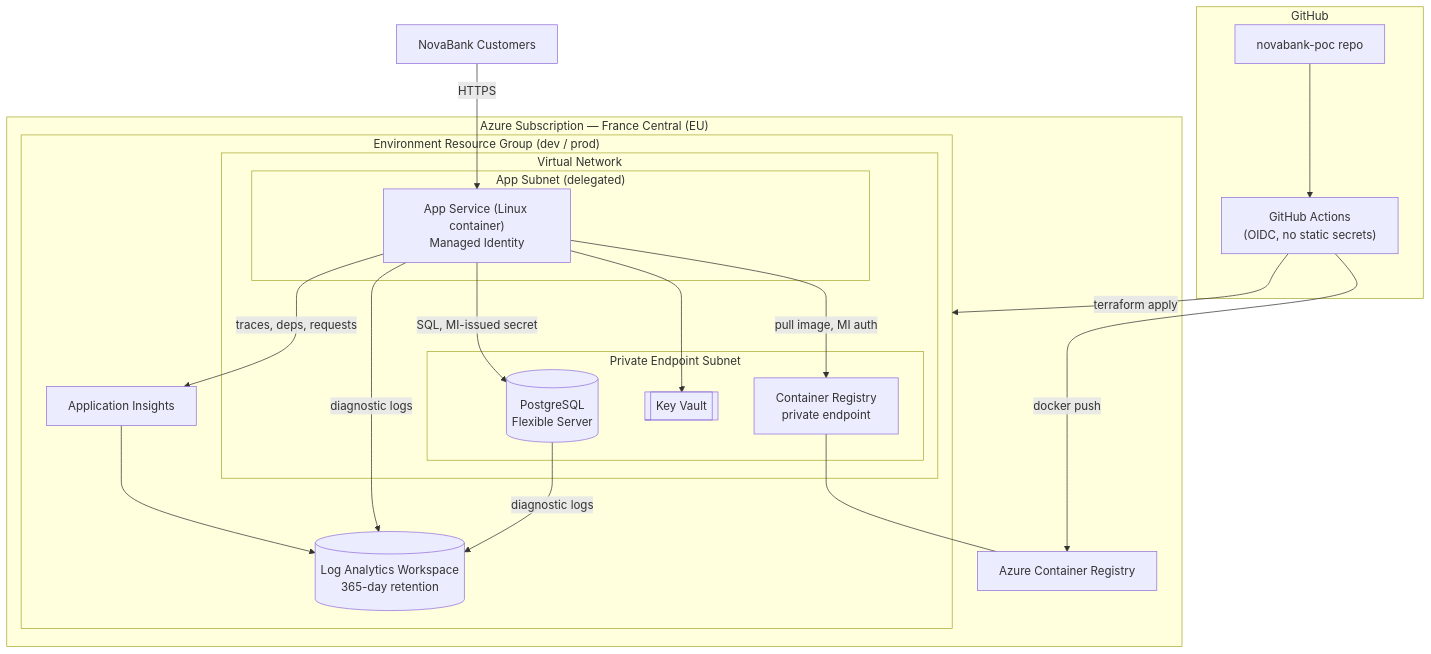
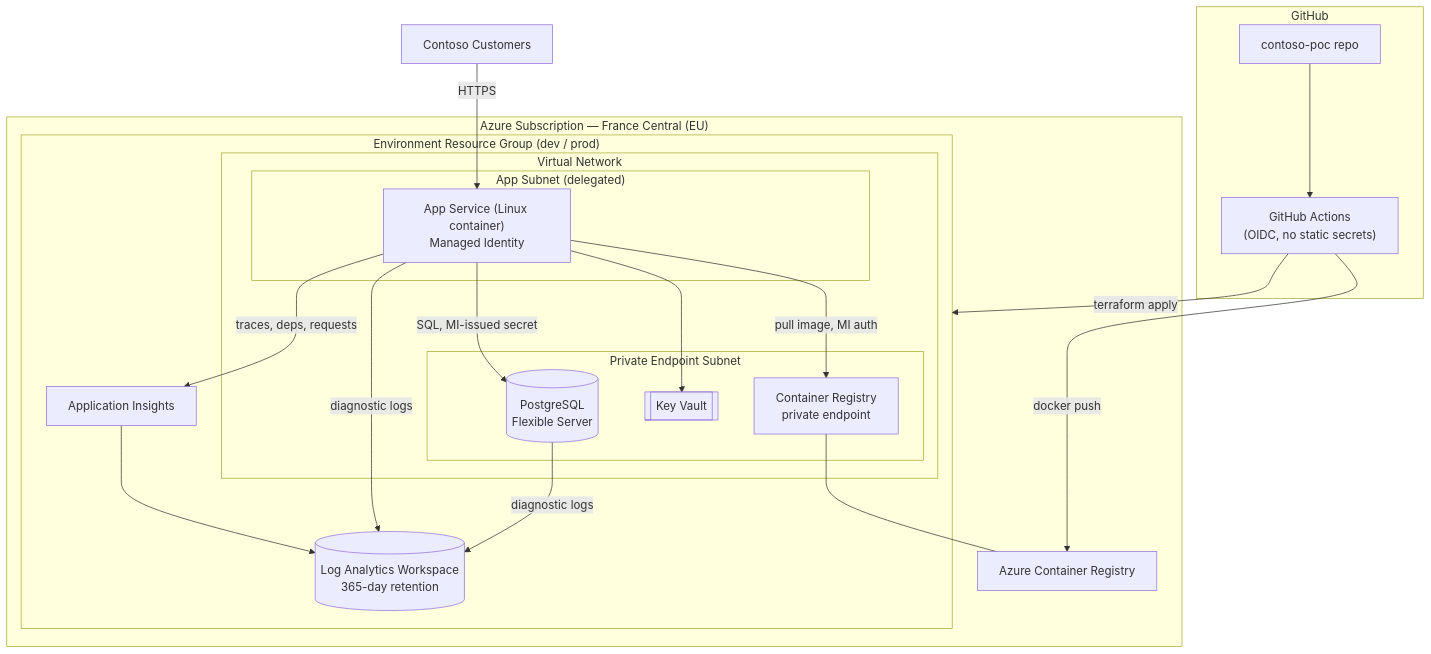
Before and after one commit to MetehanBolat/contoso-poc: the diagram in README.md, drawn with Mermaid. The commit also changed other lines of this file and 32 other files, not shown here.

````diff
--- a/README.md
+++ b/README.md
@@ -13,36 +13,36 @@
 ```mermaid
 flowchart TB
     subgraph GH["GitHub"]
-        REPO[novabank-poc repo]
+        REPO[contoso-poc repo]
         CI["GitHub Actions\n(OIDC, no static secrets)"]
     end
 
     subgraph AZ["Azure Subscription — France Central (EU)"]
         subgraph RG["Environment Resource Group (dev / prod)"]
             subgraph VNET["Virtual Network"]
                 subgraph APPSNET["App Subnet (delegated)"]
                     APP["App Service (Linux container)\nManaged Identity"]
                 end
                 subgraph PESNET["Private Endpoint Subnet"]
                     PSQL[(PostgreSQL\nFlexible Server)]
                     KV[[Key Vault]]
                     ACR_PE[Container Registry\nprivate endpoint]
                 end
             end
             LAWS[(Log Analytics Workspace\n365-day retention)]
             AI[Application Insights]
         end
         ACR[Azure Container Registry]
     end
 
-    USER[NovaBank Customers] -->|HTTPS| APP
+    USER[Contoso Customers] -->|HTTPS| APP
     REPO --> CI
     CI -->|docker push| ACR
     CI -->|terraform apply| RG
     APP -->|pull image, MI auth| ACR_PE --- ACR
     APP -->|SQL, MI-issued secret| PSQL
     APP --> KV
     APP -->|traces, deps, requests| AI --> LAWS
     APP -->|diagnostic logs| LAWS
     PSQL -->|diagnostic logs| LAWS
 ```
````
